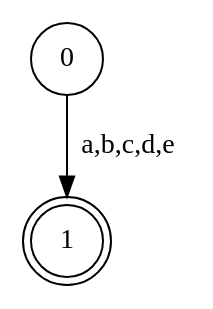
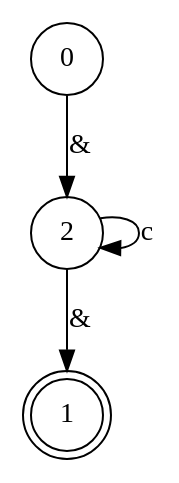
One commit to igorbragaia/CTC-34 changed the diagram in projeto_1/test-output/graph.gv. Above: the diagram before and after it, drawn with Graphviz. The commit also changed 2 other files, not shown here.

```diff
--- a/projeto_1/test-output/graph.gv
+++ b/projeto_1/test-output/graph.gv
@@ -1,5 +1,8 @@
 digraph {
 	0 [shape=circle]
 	1 [shape=doublecircle]
-	0 -> 1 [label="a,b,c,d,e"]
+	2 [shape=circle]
+	2 -> 2 [label=c]
+	0 -> 2 [label="&"]
+	2 -> 1 [label="&"]
 }
```
